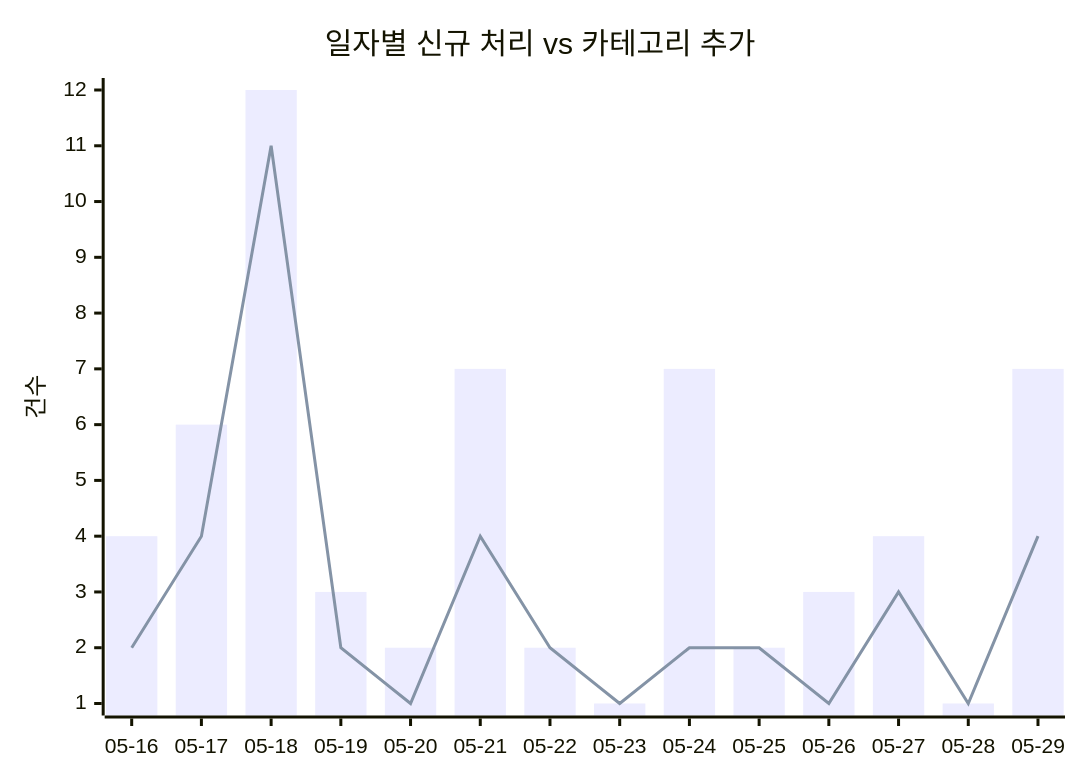
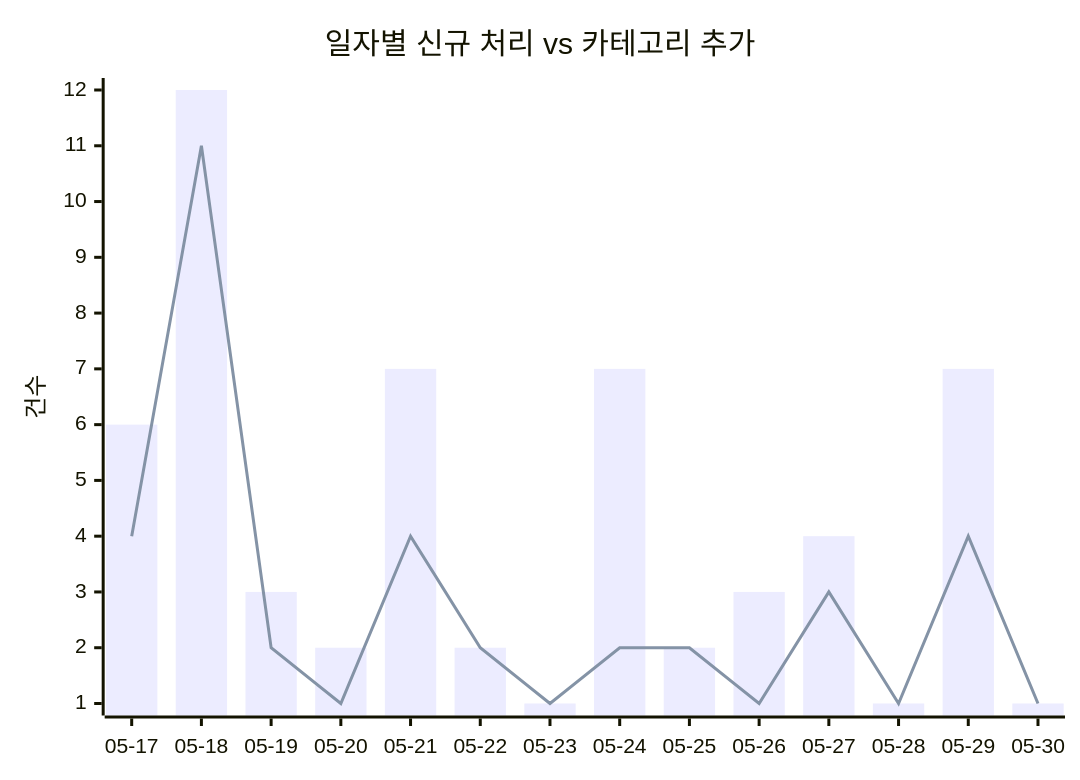
One commit to J-nowcow/awesome-korean-agent-skills changed the first of 2 diagrams in docs/trends.md. Above: the diagram before and after it, drawn with Mermaid. The commit also changed other lines of this file and 4 other files, not shown here.

````diff
--- a/docs/trends.md
+++ b/docs/trends.md
@@ -32,8 +32,8 @@
 ```mermaid
 xychart-beta
     title "일자별 신규 처리 vs 카테고리 추가"
-    x-axis ["05-16","05-17","05-18","05-19","05-20","05-21","05-22","05-23","05-24","05-25","05-26","05-27","05-28","05-29"]
+    x-axis ["05-17","05-18","05-19","05-20","05-21","05-22","05-23","05-24","05-25","05-26","05-27","05-28","05-29","05-30"]
     y-axis "건수"
-    bar [4,6,12,3,2,7,2,1,7,2,3,4,1,7]
-    line [2,4,11,2,1,4,2,1,2,2,1,3,1,4]
+    bar [6,12,3,2,7,2,1,7,2,3,4,1,7,1]
+    line [4,11,2,1,4,2,1,2,2,1,3,1,4,1]
 ```
````
